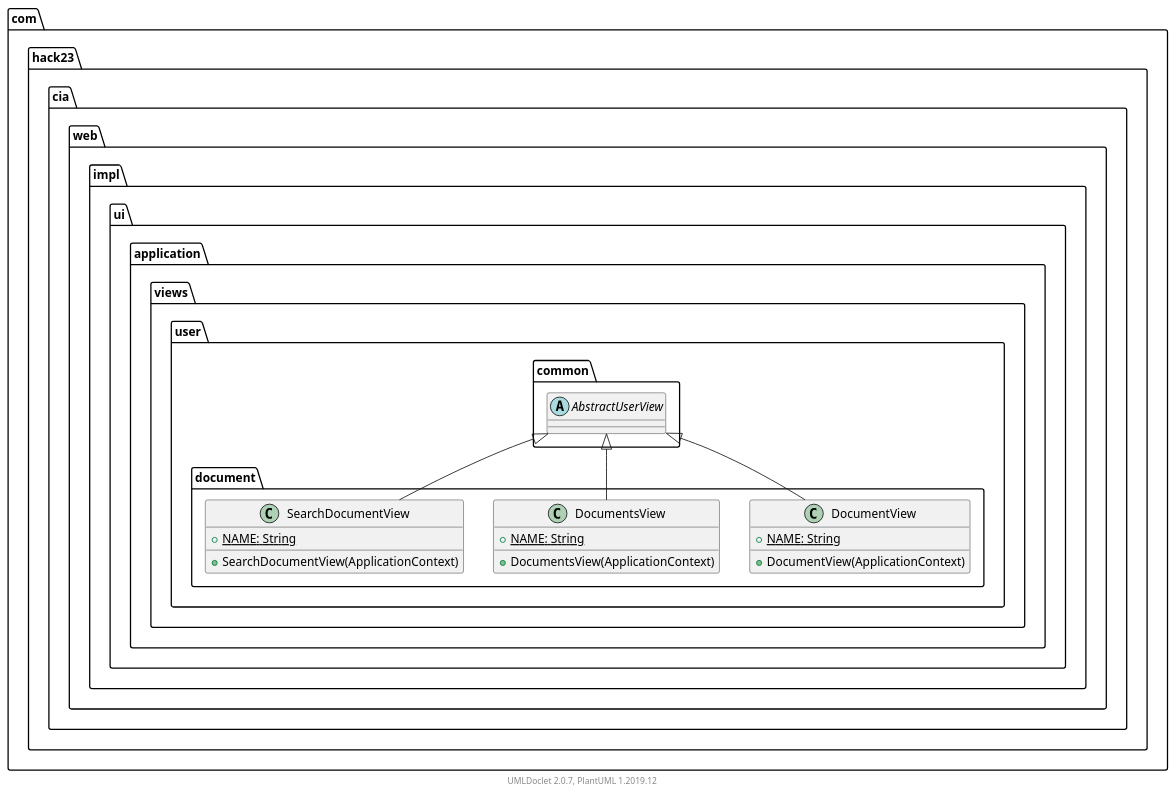
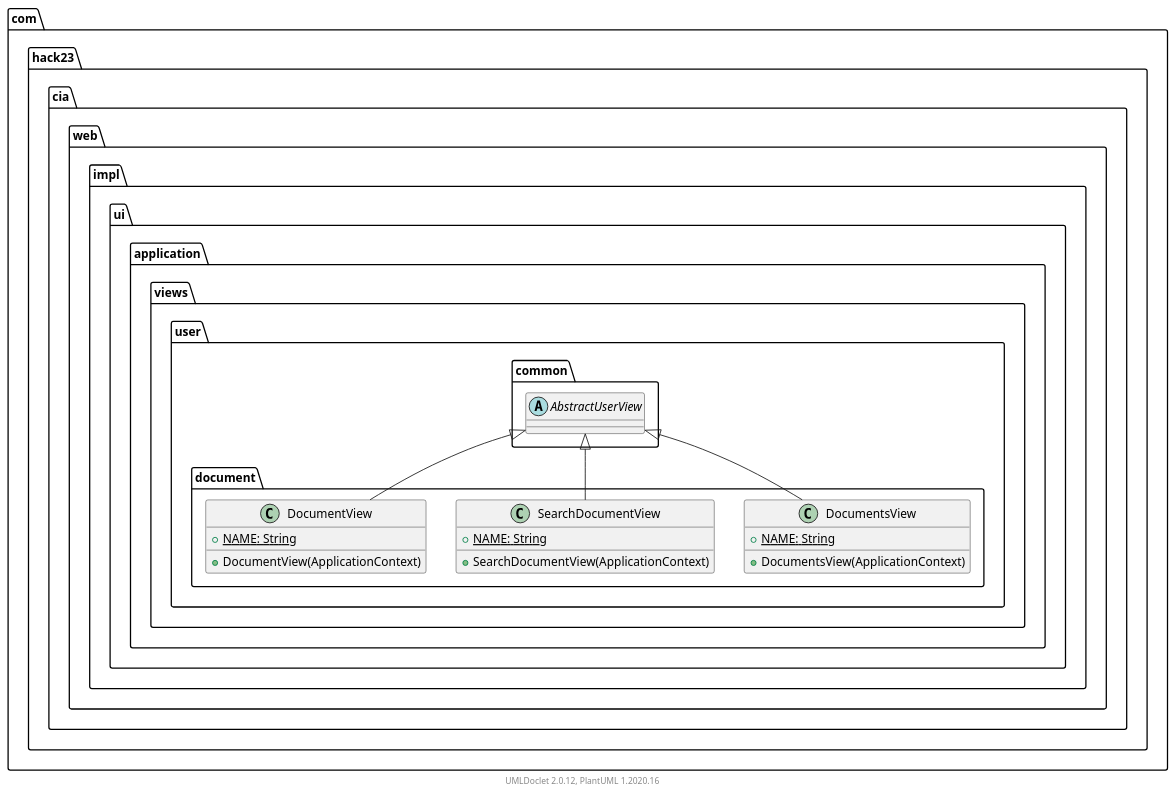
The diagram in testapidocs/com/hack23/cia/web/impl/ui/application/views/user/document/package.puml (Hack23/cia), drawn with PlantUML before and after one commit. The commit also changed 4579 other files, not shown here.

```diff
--- a/testapidocs/com/hack23/cia/web/impl/ui/application/views/user/document/package.puml
+++ b/testapidocs/com/hack23/cia/web/impl/ui/application/views/user/document/package.puml
@@ -1,30 +1,30 @@
 @startuml
     namespace com.hack23.cia.web.impl.ui.application.views.user.document {
-
-        class DocumentView [[DocumentView.html]] {
-            {static} +NAME: String
-            +DocumentView(ApplicationContext)
-        }
 
         class DocumentsView [[DocumentsView.html]] {
             {static} +NAME: String
             +DocumentsView(ApplicationContext)
         }
 
         class SearchDocumentView [[SearchDocumentView.html]] {
             {static} +NAME: String
             +SearchDocumentView(ApplicationContext)
         }
 
-        com.hack23.cia.web.impl.ui.application.views.user.common.AbstractUserView <|-- DocumentView
+        class DocumentView [[DocumentView.html]] {
+            {static} +NAME: String
+            +DocumentView(ApplicationContext)
+        }
+
         com.hack23.cia.web.impl.ui.application.views.user.common.AbstractUserView <|-- DocumentsView
         com.hack23.cia.web.impl.ui.application.views.user.common.AbstractUserView <|-- SearchDocumentView
+        com.hack23.cia.web.impl.ui.application.views.user.common.AbstractUserView <|-- DocumentView
     }
 
     namespace com.hack23.cia.web.impl.ui.application.views.user.common {
         abstract class AbstractUserView [[../common/AbstractUserView.html]] {
         }
     }
 
-    center footer UMLDoclet 2.0.7, PlantUML 1.2019.12
+    center footer UMLDoclet 2.0.12, PlantUML 1.2020.16
 @enduml
```
